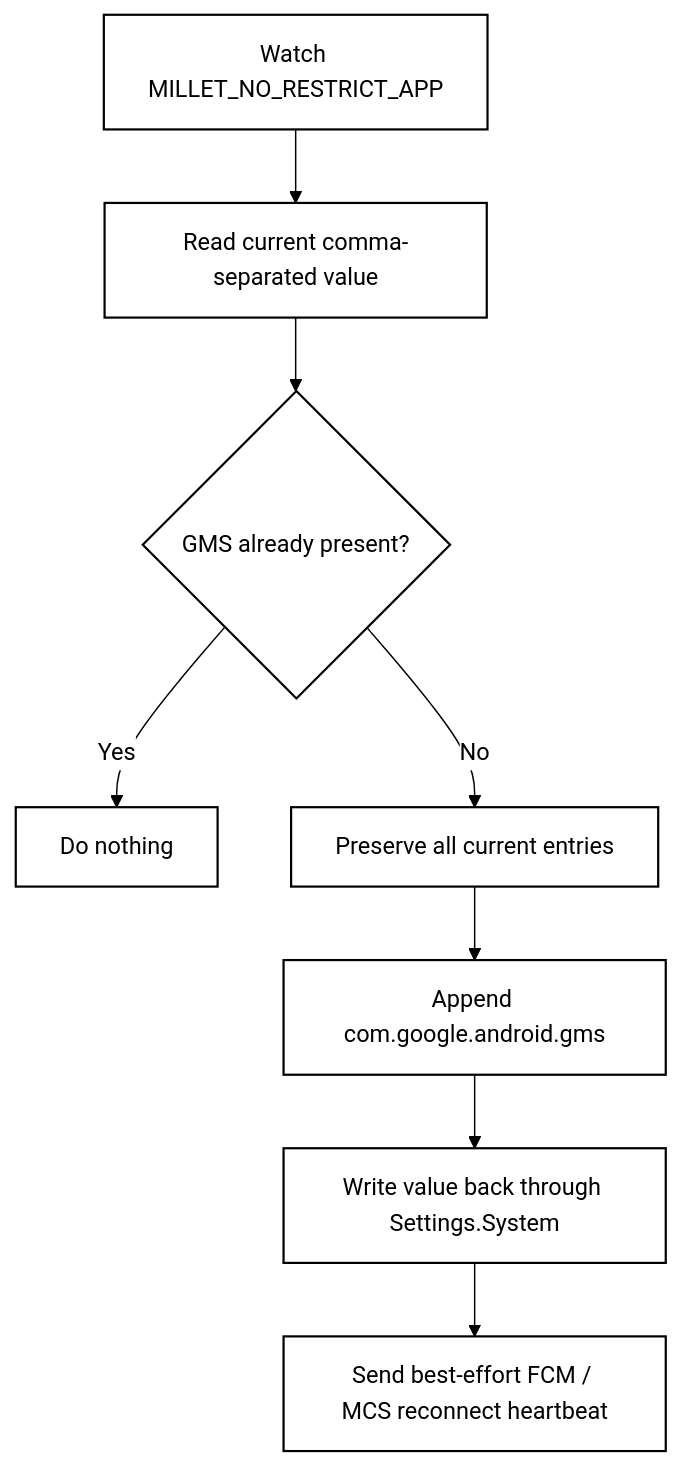
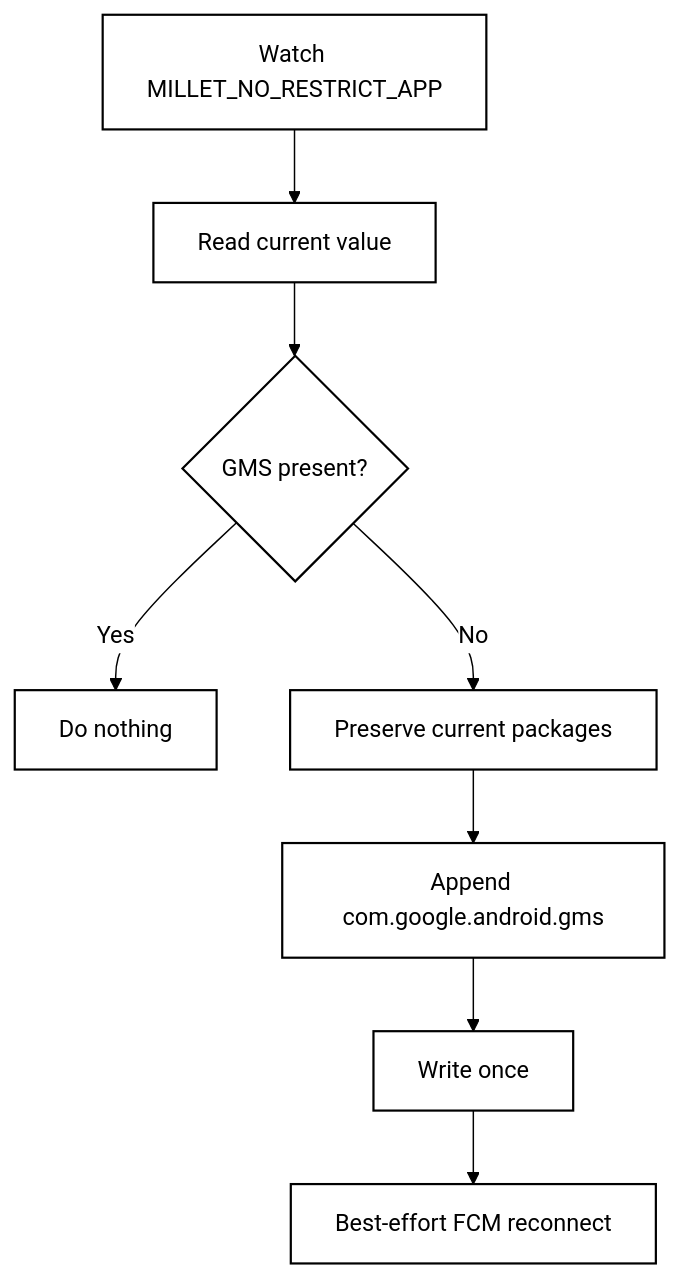
One commit to ReedGAOOO/FCMGuard-HyperOS changed the diagram in README.md. Above: the diagram before and after it, drawn with Mermaid. The commit also changed other lines of this file, not shown here.

````diff
--- a/README.md
+++ b/README.md
@@ -67,13 +62,13 @@
 ```mermaid
-%%{init: {'theme':'base','themeVariables': {'background':'#ffffff','primaryColor':'#ffffff','primaryTextColor':'#000000','primaryBorderColor':'#000000','secondaryColor':'#ffffff','tertiaryColor':'#ffffff','lineColor':'#000000','fontFamily':'Arial'}}}%%
+%%{init: {'theme':'base','themeVariables': {'background':'#ffffff','primaryColor':'#ffffff','primaryTextColor':'#000000','primaryBorderColor':'#000000','lineColor':'#000000'}}}%%
 flowchart TD
-    A[Watch MILLET_NO_RESTRICT_APP] --> B[Read current comma-separated value]
-    B --> C{GMS already present?}
+    A[Watch MILLET_NO_RESTRICT_APP] --> B[Read current value]
+    B --> C{GMS present?}
     C -- Yes --> D[Do nothing]
-    C -- No --> E[Preserve all current entries]
+    C -- No --> E[Preserve current packages]
     E --> F[Append com.google.android.gms]
-    F --> G[Write value back through Settings.System]
-    G --> H[Send best-effort FCM / MCS reconnect heartbeat]
+    F --> G[Write once]
+    G --> H[Best-effort FCM reconnect]
     classDef bw fill:#ffffff,stroke:#000000,color:#000000,stroke-width:1.5px;
     class A,B,C,D,E,F,G,H bw;
 ```
````
